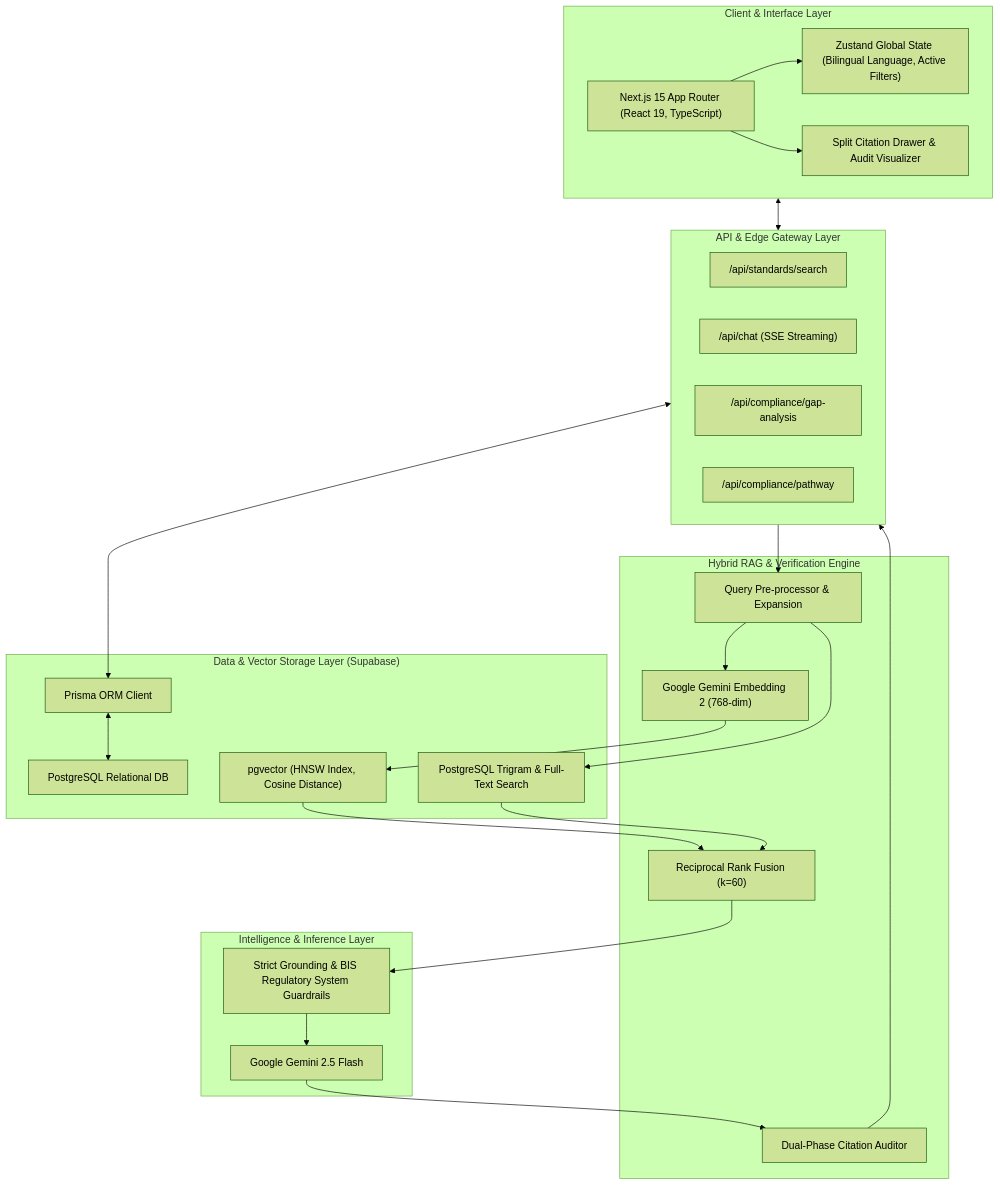
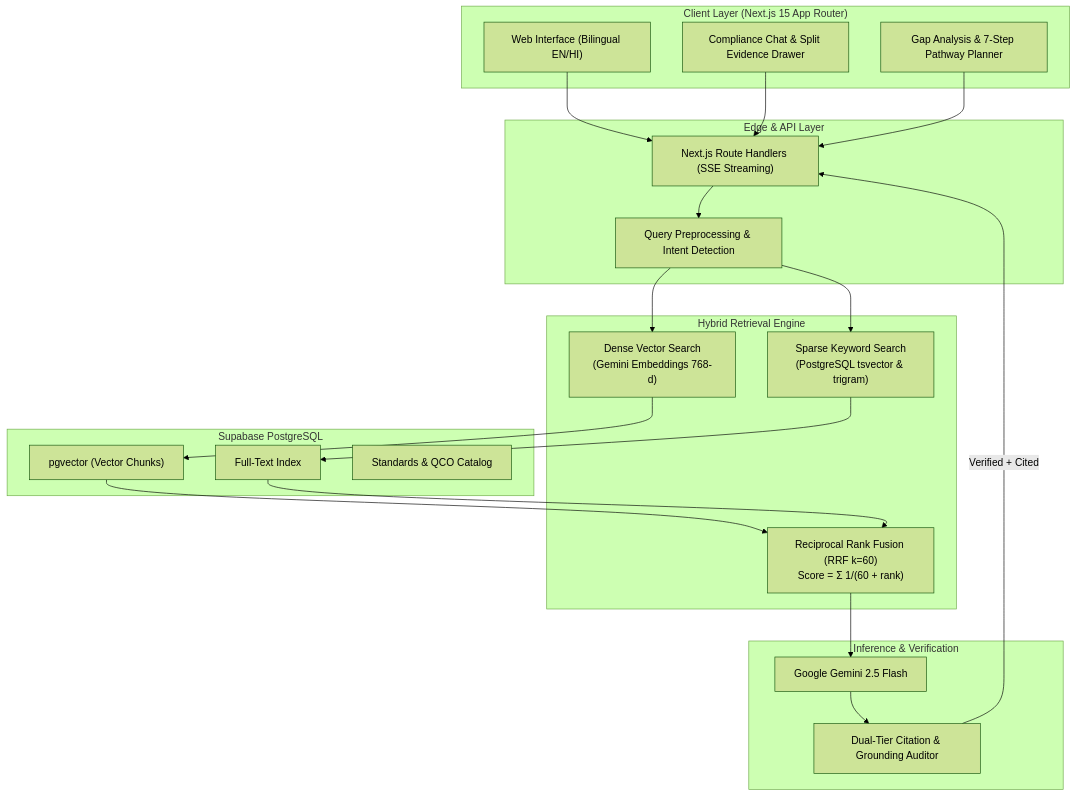
Before and after one commit to d1vyom/Manak-AI: the diagram in README.md, drawn with Mermaid (forest theme). The commit also changed other lines of this file and 5 other files, not shown here.

````diff
--- a/README.md
+++ b/README.md
@@ -96,50 +129,44 @@
 ```mermaid
-graph TB
-    subgraph Client_Layer ["Client & Interface Layer"]
-        UI["Next.js 15 App Router (React 19, TypeScript)"]
-        State["Zustand Global State (Bilingual Language, Active Filters)"]
-        Drawer["Split Citation Drawer & Audit Visualizer"]
-        UI --> State
-        UI --> Drawer
+flowchart TD
+    subgraph Client ["Client Layer (Next.js 15 App Router)"]
+        UI["Web Interface (Bilingual EN/HI)"]
+        Chat["Compliance Chat & Split Evidence Drawer"]
+        Audit["Gap Analysis & 7-Step Pathway Planner"]
     end
 
-    subgraph API_Layer ["API & Edge Gateway Layer"]
-        SearchAPI["/api/standards/search"]
-        ChatAPI["/api/chat (SSE Streaming)"]
-        GapAPI["/api/compliance/gap-analysis"]
-        PathAPI["/api/compliance/pathway"]
+    subgraph API ["Edge & API Layer"]
+        Route["Next.js Route Handlers (SSE Streaming)"]
+        QueryEngine["Query Preprocessing & Intent Detection"]
     end
 
-    subgraph RAG_Engine ["Hybrid RAG & Verification Engine"]
-        QueryProc["Query Pre-processor & Expansion"]
-        Embedder["Google Gemini Embedding 2 (768-dim)"]
-        RRF["Reciprocal Rank Fusion (k=60)"]
-        CitationAuditor["Dual-Phase Citation Auditor"]
+    subgraph Retrieval ["Hybrid Retrieval Engine"]
+        Dense["Dense Vector Search<br/>(Gemini Embeddings 768-d)"]
+        Sparse["Sparse Keyword Search<br/>(PostgreSQL tsvector & trigram)"]
+        RRF["Reciprocal Rank Fusion (RRF k=60)<br/>Score = Σ 1/(60 + rank)"]
     end
 
-    subgraph LLM_Layer ["Intelligence & Inference Layer"]
-        GeminiFlash["Google Gemini 2.5 Flash"]
-        SystemPrompt["Strict Grounding & BIS Regulatory System Guardrails"]
+    subgraph Intelligence ["Inference & Verification"]
+        Gemini["Google Gemini 2.5 Flash"]
+        Auditor["Dual-Tier Citation & Grounding Auditor"]
     end
 
-    subgraph Storage_Layer ["Data & Vector Storage Layer (Supabase)"]
-        PG["PostgreSQL Relational DB"]
-        PGVector["pgvector (HNSW Index, Cosine Distance)"]
-        FTS["PostgreSQL Trigram & Full-Text Search"]
-        Prisma["Prisma ORM Client"]
+    subgraph Storage ["Supabase PostgreSQL"]
+        PGV["pgvector (Vector Chunks)"]
+        FTS["Full-Text Index"]
+        Catalog["Standards & QCO Catalog"]
     end
 
-    Client_Layer <--> API_Layer
-    API_Layer --> QueryProc
-    QueryProc --> Embedder
-    Embedder --> PGVector
-    QueryProc --> FTS
-    PGVector --> RRF
+    UI --> Route
+    Chat --> Route
+    Audit --> Route
+    Route --> QueryEngine
+    QueryEngine --> Dense
+    QueryEngine --> Sparse
+    Dense --> PGV
+    Sparse --> FTS
+    PGV --> RRF
     FTS --> RRF
-    RRF --> SystemPrompt
-    SystemPrompt --> GeminiFlash
-    GeminiFlash --> CitationAuditor
-    CitationAuditor --> API_Layer
-    API_Layer <--> Prisma
-    Prisma <--> PG
+    RRF --> Gemini
+    Gemini --> Auditor
+    Auditor -->|Verified + Cited| Route
 ```
````
